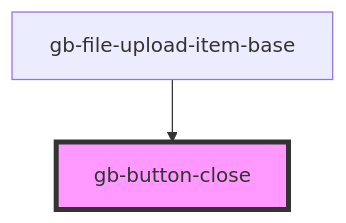
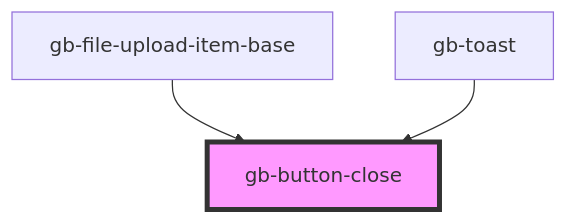
The diagram in src/components/gb-button-close/readme.md (Emmanuel1858/globusComponent), drawn with Mermaid before and after one commit. The commit also changed other lines of this file and 25 other files, not shown here.

````diff
--- a/src/components/gb-button-close/readme.md
+++ b/src/components/gb-button-close/readme.md
@@ -23,5 +24,6 @@
 ```mermaid
 graph TD;
   gb-file-upload-item-base --> gb-button-close
+  gb-toast --> gb-button-close
   style gb-button-close fill:#f9f,stroke:#333,stroke-width:4px
 ```
````
